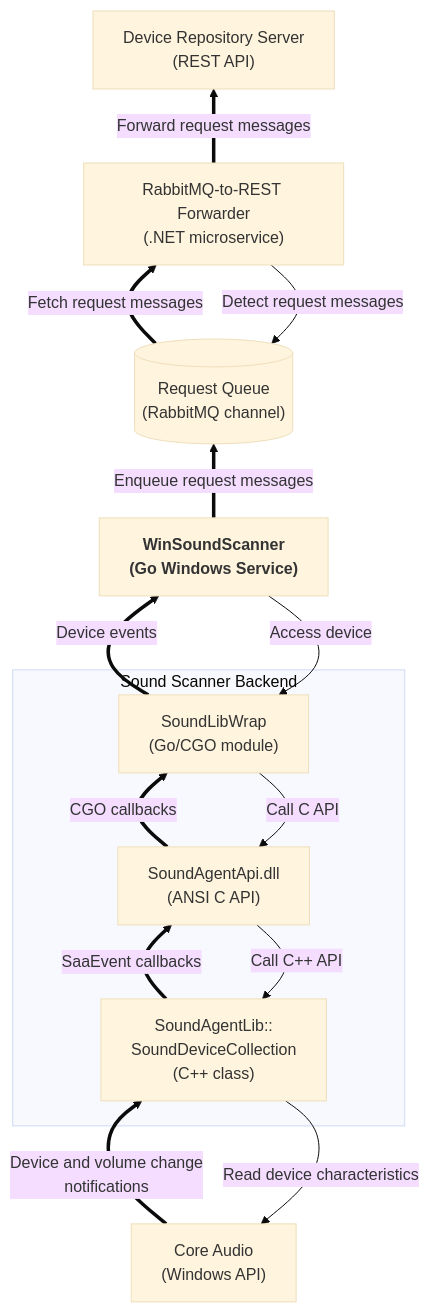
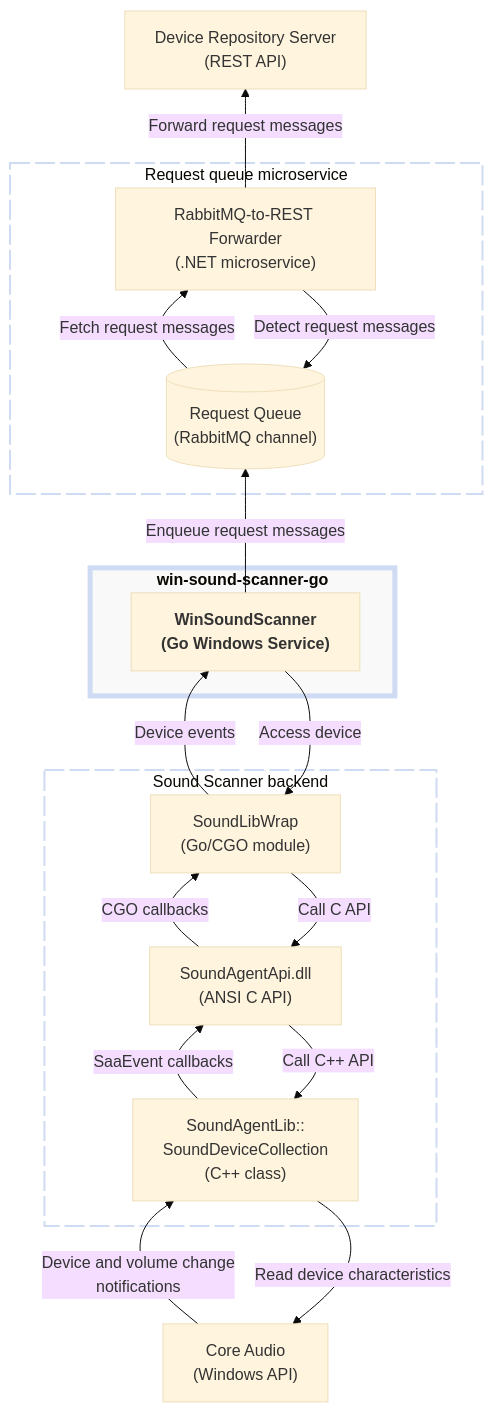
The diagram in docs/module-interaction02.mmd (collect-sound-devices/win-sound-scanner-go), drawn with Mermaid (base theme) before and after one commit. The commit also changed 2 other files, not shown here.

Commit message:
enhance consistency in module interaction diagrams

```diff
--- a/docs/module-interaction02.mmd
+++ b/docs/module-interaction02.mmd
@@ -1,32 +1,44 @@
 flowchart BT
+
+classDef dottedBox fill:transparent,fill-opacity:0.55, stroke-dasharray:20 5,stroke-width:2px;
+classDef stressedBox fill:#f0f0f0,fill-opacity:0.4,stroke-width:5px;
 
 coreAudioApi["Core Audio<br>(Windows API)"]
 
-subgraph scannerBackend["Sound Scanner Backend"]
+subgraph scannerBackend["Sound Scanner backend"]
     goCgoWrapper["SoundLibWrap<br>(Go/CGO module)"]
     soundAgentApiDll["SoundAgentApi.dll<br>(ANSI C API)"]
     soundDeviceCollection["SoundAgentLib::<br>SoundDeviceCollection<br>(C++ class)"]
 end
+class scannerBackend dottedBox
 
-coreAudioApi ==> |Device and volume change<br>notifications| soundDeviceCollection
+coreAudioApi -->|Device and volume change<br>notifications| soundDeviceCollection
 soundDeviceCollection --> |Read device characteristics| coreAudioApi
 
-winSoundScannerService["<b>WinSoundScanner<br>(Go Windows Service)</b>"]
-requestQueue[("Request Queue<br>(RabbitMQ channel)")]
-rabbitMqRestForwarder["RabbitMQ-to-REST Forwarder<br>(.NET microservice)"]
+subgraph scannerService["<b>win-sound-scanner-go</b>"]
+    winSoundScannerService["<b>WinSoundScanner<br>(Go Windows Service)</b>"]
+end
+class scannerService stressedBox
+
+subgraph requestQueueMicroservice["Request queue microservice"]
+    requestQueue[("Request Queue<br>(RabbitMQ channel)")]
+    rabbitMqRestForwarder["RabbitMQ-to-REST Forwarder<br>(.NET microservice)"]
+end
+class requestQueueMicroservice dottedBox
+
 deviceRepositoryApi["Device Repository Server<br>(REST API)"]
 
 winSoundScannerService --> |Access device| goCgoWrapper
-goCgoWrapper ==> |Device events| winSoundScannerService
+goCgoWrapper -->|Device events| winSoundScannerService
 
 goCgoWrapper --> |Call C API| soundAgentApiDll
 soundAgentApiDll --> |Call C++ API| soundDeviceCollection
 
-soundDeviceCollection ==> |SaaEvent callbacks| soundAgentApiDll
-soundAgentApiDll ==> |CGO callbacks| goCgoWrapper
+soundDeviceCollection -->|SaaEvent callbacks| soundAgentApiDll
+soundAgentApiDll -->|CGO callbacks| goCgoWrapper
 
-winSoundScannerService ==> |Enqueue request messages| requestQueue
+winSoundScannerService -->|Enqueue request messages| requestQueue
 
-requestQueue ==> |Fetch request messages| rabbitMqRestForwarder
+requestQueue -->|Fetch request messages| rabbitMqRestForwarder
 rabbitMqRestForwarder --> |Detect request messages| requestQueue
-rabbitMqRestForwarder ==> |Forward request messages| deviceRepositoryApi
+rabbitMqRestForwarder -->|Forward request messages| deviceRepositoryApi
```
